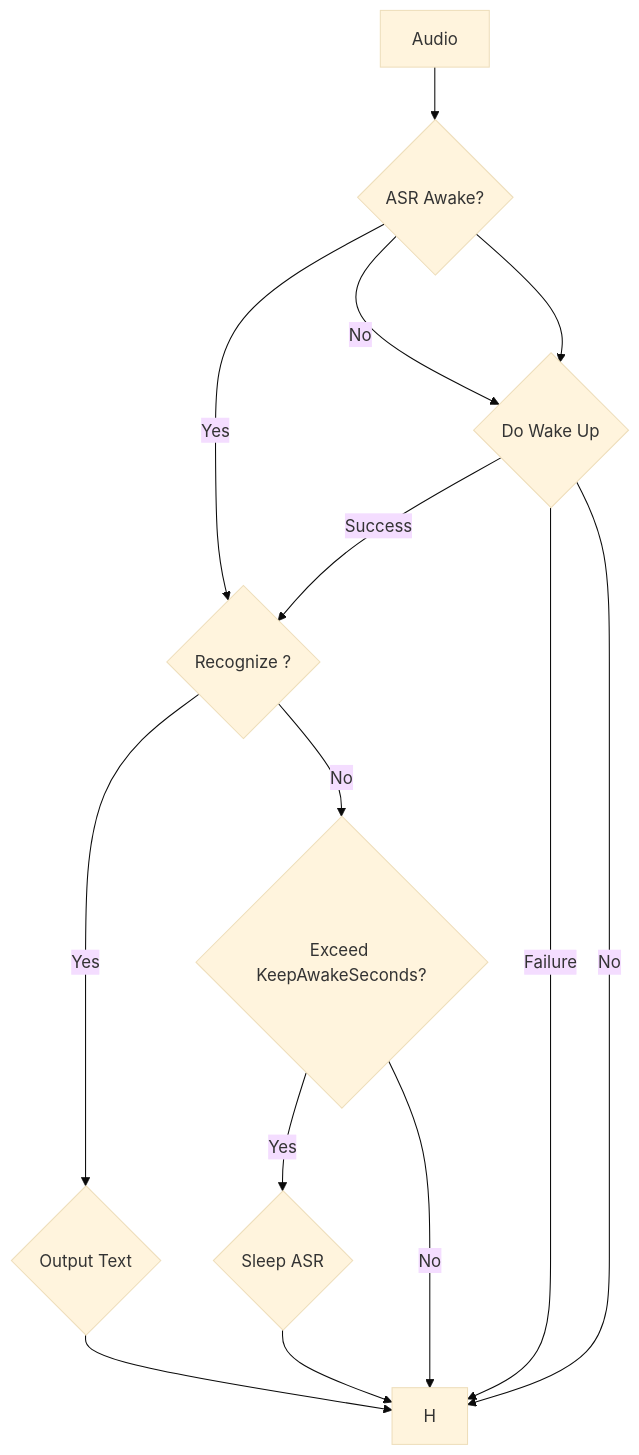
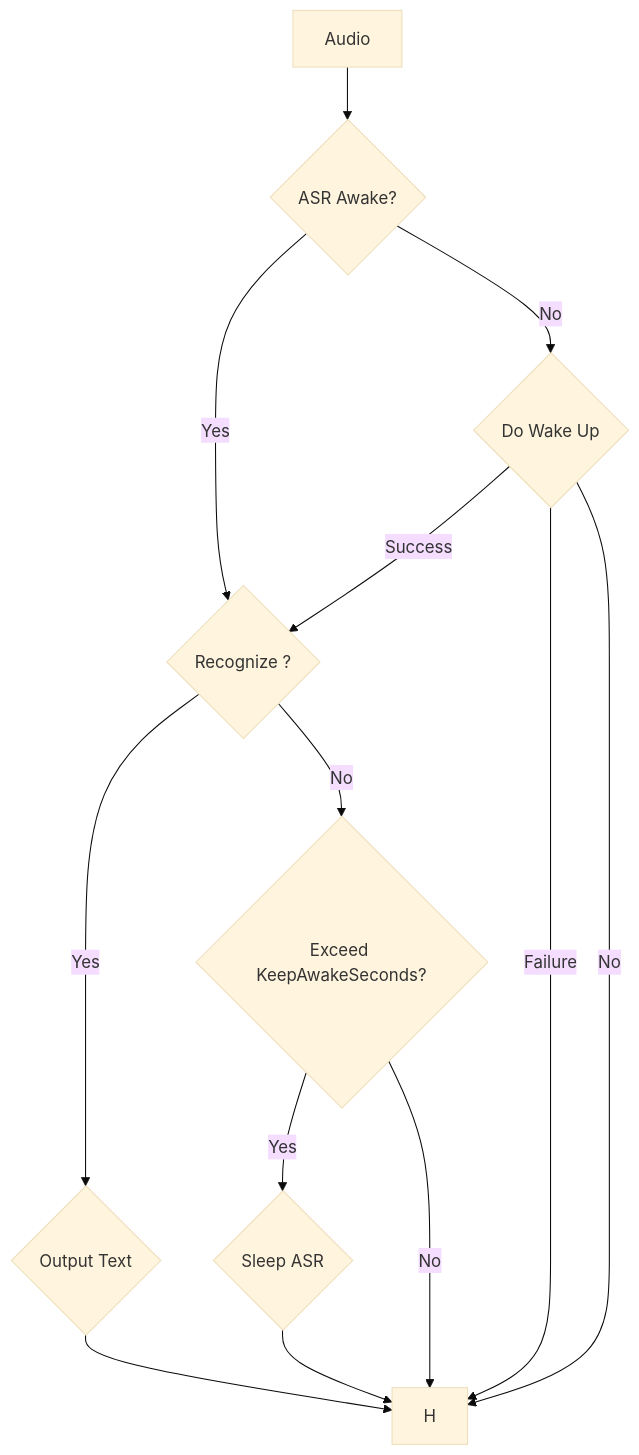
The diagram in docs/speech/wakeup.md (endink/Mediapipe4u-plugin), drawn with Mermaid (base theme) before and after one commit.

````diff
--- a/docs/speech/wakeup.md
+++ b/docs/speech/wakeup.md
@@ -63,21 +63,20 @@
 ``` mermaid
 graph TD
   A[Audio] --> B{ASR Awake?};
   B --> |Yes| D{Recognize ?};
-  B --> |No| C{Loop Next}
-  B --> C{Do Wake Up};
+  B --> |No| C{Do Wake Up}
   C --> |Success| D
   C --> |Failure| H
 
   D -->|Yes| E{Output Text};
   E --> H
  
   D -->|No| F{Exceed KeepAwakeSeconds?};
 
   F --> |Yes| G{Sleep ASR}
   G --> H
   F --> |No| H
   
   C ---->|No| H;
   
 ```
````
